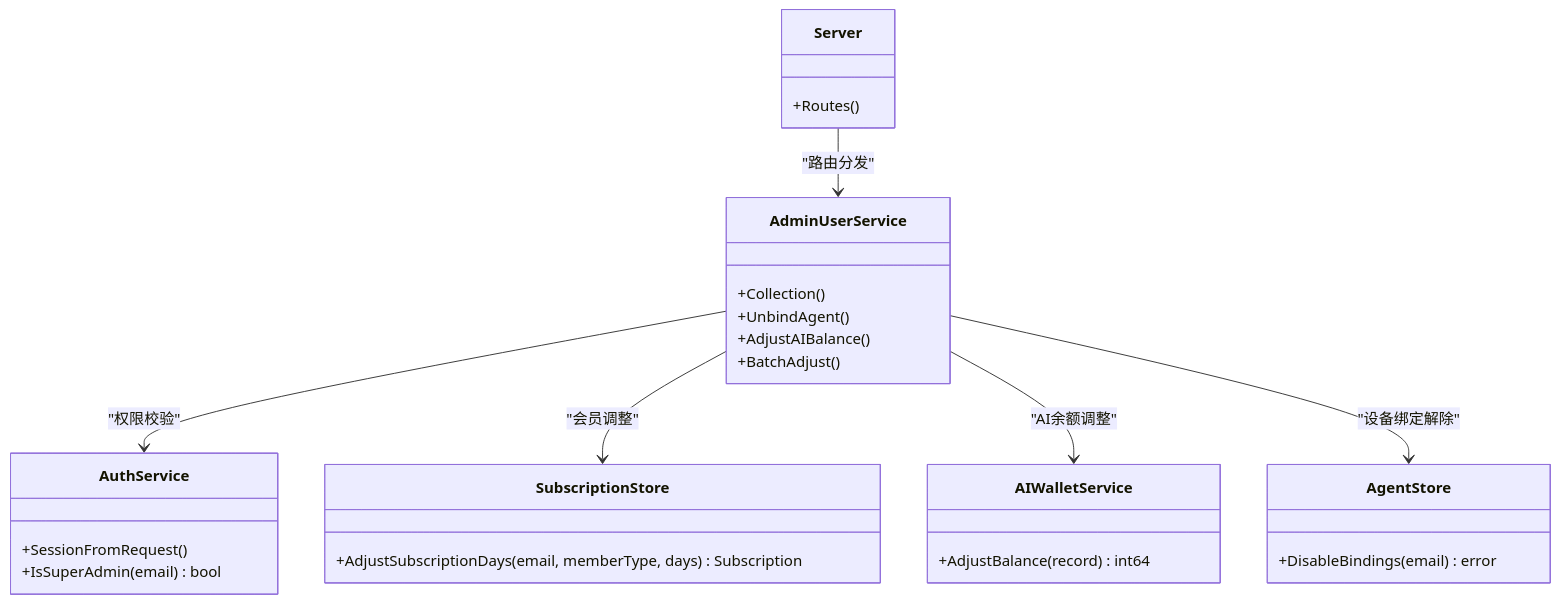
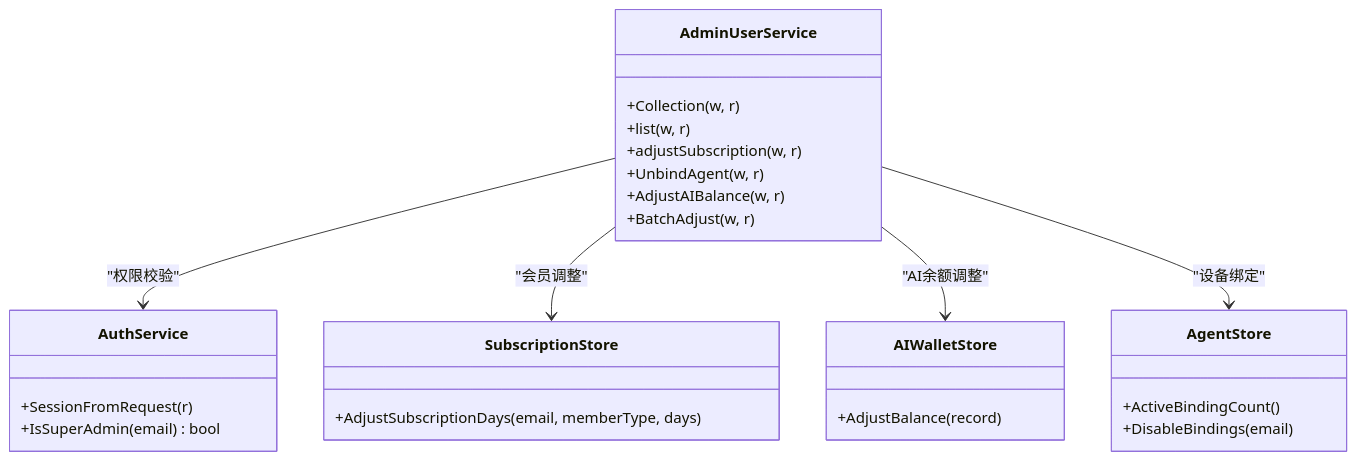
One commit to alvinwangzi/goodhr changed the third of 3 diagrams in .qoder/repowiki/zh/content/API接口文档/云端REST API/管理后台API/用户管理API.md. Above: the diagram before and after it, drawn with Mermaid. The commit also changed other lines of this file and 149 other files, not shown here.

````diff
--- a/.qoder/repowiki/zh/content/API接口文档/云端REST API/管理后台API/用户管理API.md
+++ b/.qoder/repowiki/zh/content/API接口文档/云端REST API/管理后台API/用户管理API.md
@@ -289,30 +380,29 @@
 ```mermaid
 classDiagram
-class Server {
-+Routes()
-}
 class AdminUserService {
-+Collection()
-+UnbindAgent()
-+AdjustAIBalance()
-+BatchAdjust()
++Collection(w, r)
++list(w, r)
++adjustSubscription(w, r)
++UnbindAgent(w, r)
++AdjustAIBalance(w, r)
++BatchAdjust(w, r)
 }
 class AuthService {
-+SessionFromRequest()
++SessionFromRequest(r)
 +IsSuperAdmin(email) bool
 }
 class SubscriptionStore {
-+AdjustSubscriptionDays(email, memberType, days) Subscription
++AdjustSubscriptionDays(email, memberType, days)
 }
-class AIWalletService {
-+AdjustBalance(record) int64
+class AIWalletStore {
++AdjustBalance(record)
 }
 class AgentStore {
-+DisableBindings(email) error
++ActiveBindingCount()
++DisableBindings(email)
 }
-Server --> AdminUserService : "路由分发"
 AdminUserService --> AuthService : "权限校验"
 AdminUserService --> SubscriptionStore : "会员调整"
-AdminUserService --> AIWalletService : "AI余额调整"
-AdminUserService --> AgentStore : "设备绑定解除"
+AdminUserService --> AIWalletStore : "AI余额调整"
+AdminUserService --> AgentStore : "设备绑定"
 ```
````
